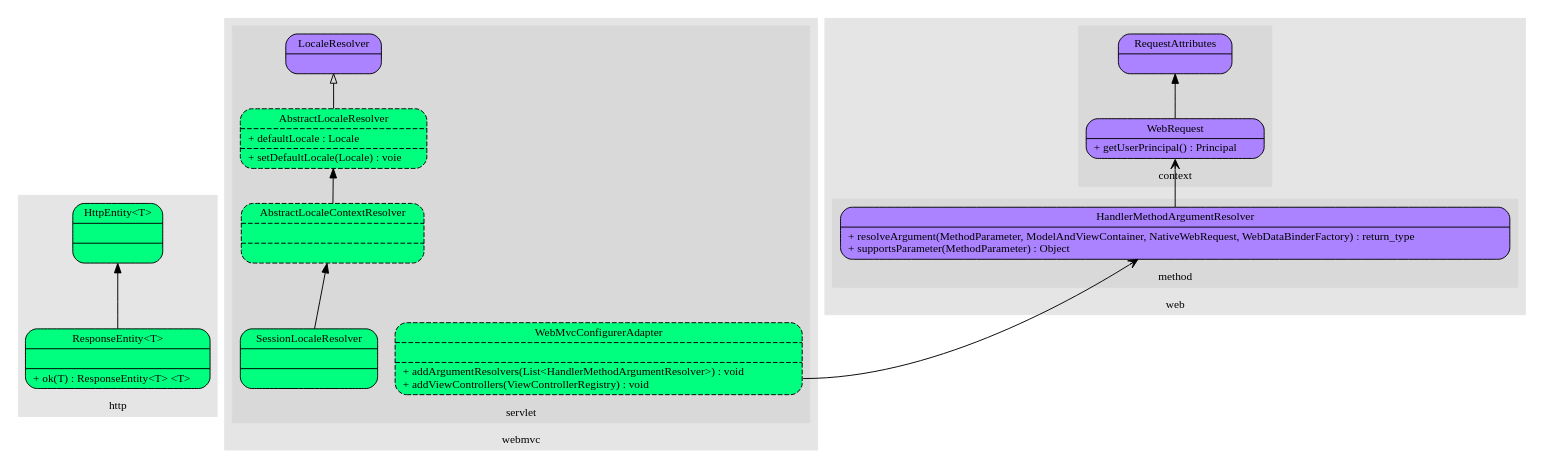
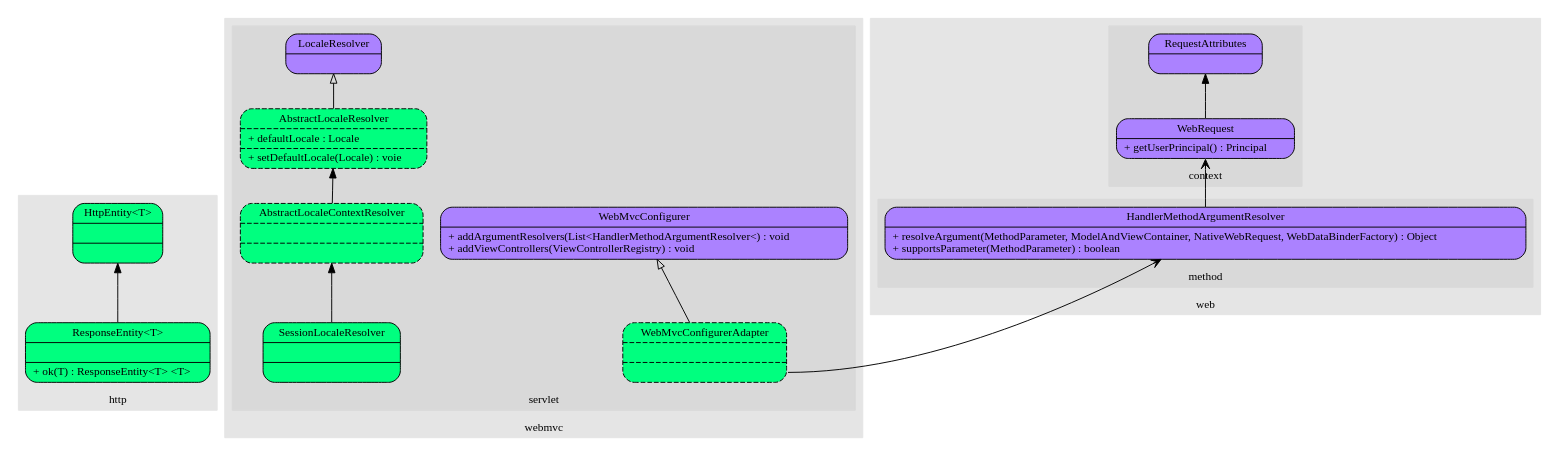
Before and after one commit to chris0103/spider-net: the diagram in Spring/mvc.dot, drawn with Graphviz.

```diff
--- a/Spring/mvc.dot
+++ b/Spring/mvc.dot
@@ -1,96 +1,98 @@
 digraph mvc {
 	rankdir = BT;
     fontname = "Verdana";
     fontsize = 12;
     node [fontname = "Verdana", fontsize = 12, shape = "record"];
     edge [fontname = "Verdana", fontsize = 12];
     
     subgraph cluster15 {
 		label = "http";
 		style = filled;
 		color = grey90;
 		HttpEntity [label = "{<f0>HttpEntity&lt;T&gt;|<f1>|<f2>}", style = "rounded, filled", fillcolor = "springgreen"];
 		ResponseEntity [label = "{<f0>ResponseEntity&lt;T&gt;|<f1>|<f2>+ ok(T) : ResponseEntity&lt;T&gt; &lt;T&gt;\l}", style = "rounded, filled", fillcolor = "springgreen"];
 		
     }
     
     subgraph cluster25 {
 		label = "web";
 		style = filled;
 		color = grey90;
 		subgraph cluster25 {
 			label = "context";
 			style = filled;
 			color = grey85;
 			RequestAttributes [label = "{<f0>RequestAttributes|<f2>}", style = "rounded, filled", fillcolor = "mediumpurple1"];
 			WebRequest [label = "{<f0>WebRequest|<f2>+ getUserPrincipal() : Principal\l}", style = "rounded, filled", fillcolor = "mediumpurple1"];
 		
 		}
 	    subgraph cluster75 {
     		label = "method";
 			style = filled;
 			color = grey85;
-    		HandlerMethodArgumentResolver [label = "{<f0>HandlerMethodArgumentResolver|<f2>+ resolveArgument(MethodParameter, ModelAndViewContainer, NativeWebRequest, WebDataBinderFactory) : return_type\l+ supportsParameter(MethodParameter) : Object\l}", style = "rounded, filled", fillcolor = "mediumpurple1"];
+    		HandlerMethodArgumentResolver [label = "{<f0>HandlerMethodArgumentResolver|<f2>+ resolveArgument(MethodParameter, ModelAndViewContainer, NativeWebRequest, WebDataBinderFactory) : Object\l+ supportsParameter(MethodParameter) : boolean\l}", style = "rounded, filled", fillcolor = "mediumpurple1"];
     	}
 	}
     subgraph cluster75 {
 		label = "webmvc";
 		style = filled;
 		color = grey90;
 		subgraph cluster50 {
 			label = "servlet";
 			style = filled;
 			color = grey85;
 			AbstractLocaleContextResolver [label = "{<f0>AbstractLocaleContextResolver|<f1>|<f2>}", style = "rounded, filled, dashed", fillcolor = "springgreen"];
 			AbstractLocaleResolver [label = "{<f0>AbstractLocaleResolver|<f1>+ defaultLocale : Locale\l|<f2>+ setDefaultLocale(Locale) : voie\l}", style = "rounded, filled, dashed", fillcolor = "springgreen"];
 			LocaleResolver [label = "{<f0>LocaleResolver|<f2>}", style = "rounded, filled", fillcolor = "mediumpurple1"];
 			SessionLocaleResolver [label = "{<f0>SessionLocaleResolver|<f1>|<f2>}", style = "rounded, filled", fillcolor = "springgreen"];
-			WebMvcConfigurerAdapter [label = "{<f0>WebMvcConfigurerAdapter|<f1>|<f2>+ addArgumentResolvers(List&lt;HandlerMethodArgumentResolver&gt;) : void\l+ addViewControllers(ViewControllerRegistry) : void\l}", style = "rounded, filled, dashed", fillcolor = "springgreen"];
+			WebMvcConfigurer [label = "{<f0>WebMvcConfigurer|<f2>+ addArgumentResolvers(List&lt;HandlerMethodArgumentResolver&lt;) : void\l+ addViewControllers(ViewControllerRegistry) : void\l}", style = "rounded, filled", fillcolor = "mediumpurple1"];
+			WebMvcConfigurerAdapter [label = "{<f0>WebMvcConfigurerAdapter|<f1>|<f2>}", style = "rounded, filled, dashed", fillcolor = "springgreen"];
 		}
 	}
     
 	/*	
 	
 	// configuration node
 	node [shape = "record", style = "rounded, filled"];
 	
 	subgraph cluster00 {
 		label = "";
 		style = filled;
 		color = grey90;
 	}
 	
 	// item_name [label = "item_label", style = "filled", fillcolor = "palegreen"];
 	// record_name [shape = "record", label = "{{<f0>interface|{<f10>(other implementers)}}|(other methods)}"];
 	// record_without_properties [shape = "record", label = "{<f0>label|<f1>value}"];
 	// record_with_properties [shape = "record", label = "{<f0>label|<f1>value|{{<f20>property|<f21>value}}}"];
 	// interface_minor [shape = "plaintext", label = "Interface_minor"];
 	// interface [label = "{<f0>Interface|<f2>+ method() : return_type\l}", style = "rounded, filled", fillcolor = "mediumpurple1"];
 	// abstract_class [label = "{<f0>Abstract_Class|<f1>+ field1 : type\l+ field2 : type\l|<f2>&#170; abstract_method() : return_type\l&#537; static_method() : return_type\l+ method() : return_type\l}", style = "rounded, filled, dashed", fillcolor = "springgreen"];
 	// class [label = "{<f0>Class|<f1>+ field1 : type\l+ field2 : type\l&#10765; final_field : type\l&#537; static_field : type\l|<f2>+ method() : return_type\l&#537; static_method() : return_type\l&#186; overriden_method() : return_type\l}", style = "rounded, filled", fillcolor = "springgreen"];
 	// bean_record [label = "{<f0>beanId|<f1>beanClass|{{<f20>property1|<f21>property2}}}"];
 	// module_record [label = "{<f0>artifactId|<f1>projectName}"];
 	*/
 	
 	ResponseEntity -> HttpEntity;
 	
 	WebMvcConfigurerAdapter:f2 -> HandlerMethodArgumentResolver [arrowhead = "vee"];
 	HandlerMethodArgumentResolver -> WebRequest:f2 [arrowhead = "vee"];
 	WebRequest -> RequestAttributes;
+	WebMvcConfigurerAdapter -> WebMvcConfigurer [arrowhead = "empty"];
 	
 	AbstractLocaleResolver -> LocaleResolver [arrowhead = "empty"];
 	AbstractLocaleContextResolver -> AbstractLocaleResolver;
 	SessionLocaleResolver -> AbstractLocaleContextResolver;
 	
 	// Implementation -> Interface [arrowhead = "empty"];
 	// Subclass -> Class;
 	// SubInterface -> Interface;	
 	// Referer -> Referee [arrowhead = "vee"];
 	// Implementation -> InterfaceMinor [arrowhead = "odot"];	
 	
 	// This is commented for dot to run, but it SHOULD BE uncommented as soon as dot works fine again
 	// ****************** dot cracks from below ******************** //
 	// ill link;
 	
 	// current is current_progress_item
 }
```
